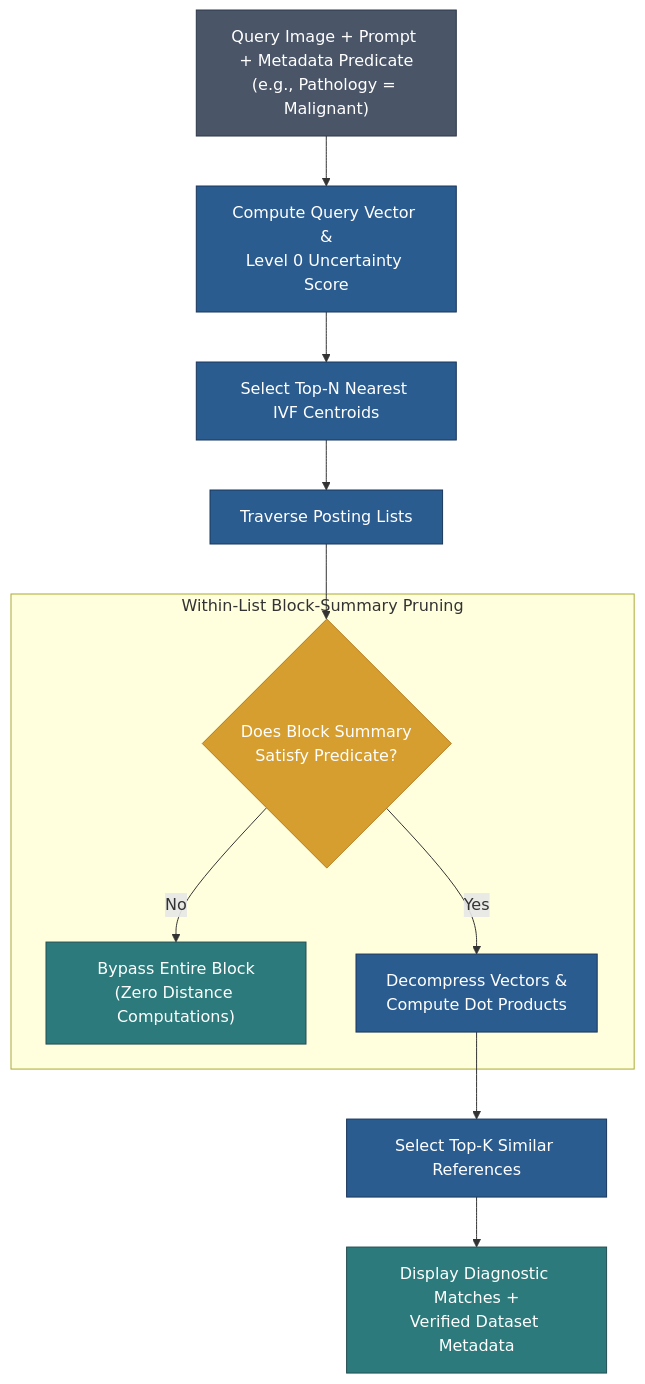
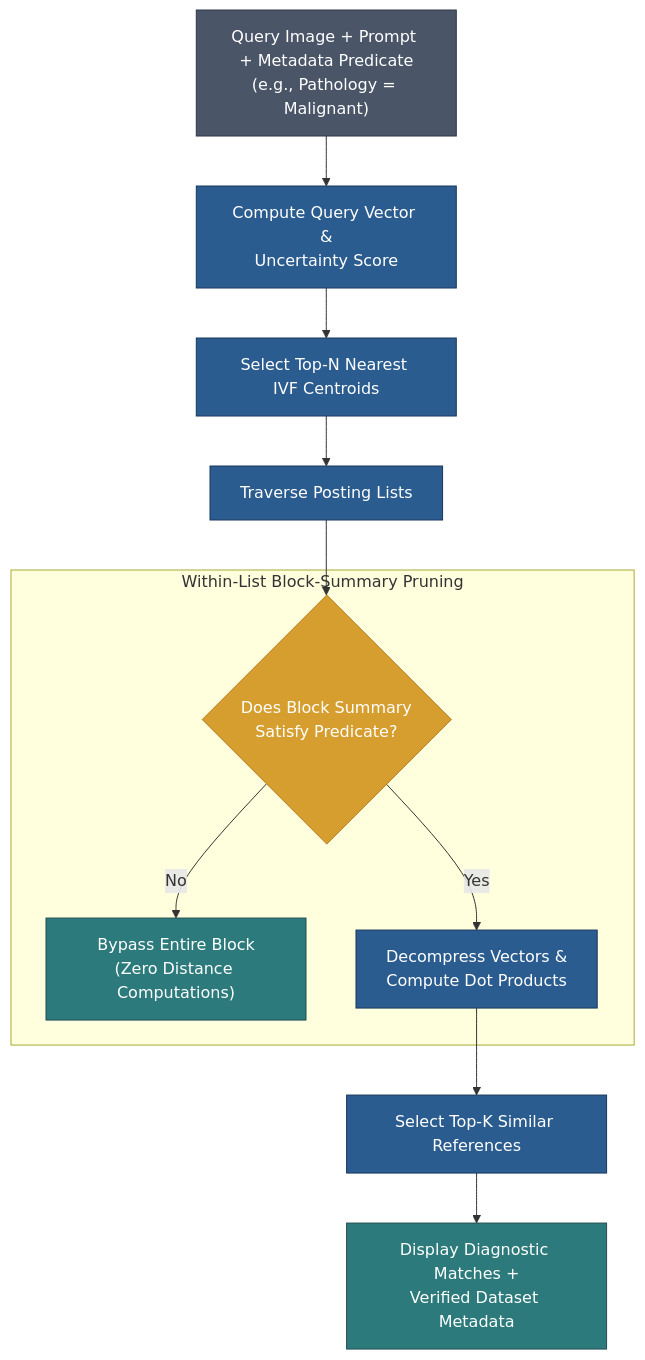
Before and after one commit to Fergarciamedina/MedCLIPSeg-plus-plus: the sixth of 6 diagrams in docs/architecture.md, drawn with Mermaid. The commit also changed other lines of this file and 188 other files, not shown here.

````diff
--- a/docs/architecture.md
+++ b/docs/architecture.md
@@ -142,24 +166,24 @@
 ```mermaid
 flowchart TD
     classDef query fill:#4a5568,stroke:#2d3748,color:#ffffff;
     classDef decision fill:#d69e2e,stroke:#b7791f,color:#ffffff;
     classDef proc fill:#2b5c8f,stroke:#1a365d,color:#ffffff;
     classDef out fill:#2c7a7b,stroke:#234e52,color:#ffffff;
 
-    Q["Query Image + Prompt + Metadata Predicate<br>(e.g., Pathology = Malignant)"]:::query --> QEnc["Compute Query Vector &<br>Level 0 Uncertainty Score"]:::proc
+    Q["Query Image + Prompt + Metadata Predicate<br>(e.g., Pathology = Malignant)"]:::query --> QEnc["Compute Query Vector &<br>Uncertainty Score"]:::proc
     QEnc --> IVFProbe["Select Top-N Nearest IVF Centroids"]:::proc
     IVFProbe --> ListTraverse["Traverse Posting Lists"]:::proc
 
     subgraph PruningBlock ["Within-List Block-Summary Pruning"]
         CheckSummary{"Does Block Summary<br>Satisfy Predicate?"}:::decision
         SkipBlock["Bypass Entire Block<br>(Zero Distance Computations)"]:::out
         ScoreBlock["Decompress Vectors &<br>Compute Dot Products"]:::proc
     end
 
     ListTraverse --> CheckSummary
     CheckSummary -- No --> SkipBlock
     CheckSummary -- Yes --> ScoreBlock
 
     ScoreBlock --> TopK["Select Top-K Similar References"]:::proc
     TopK --> Results["Display Diagnostic Matches +<br>Verified Dataset Metadata"]:::out
 ```
````
